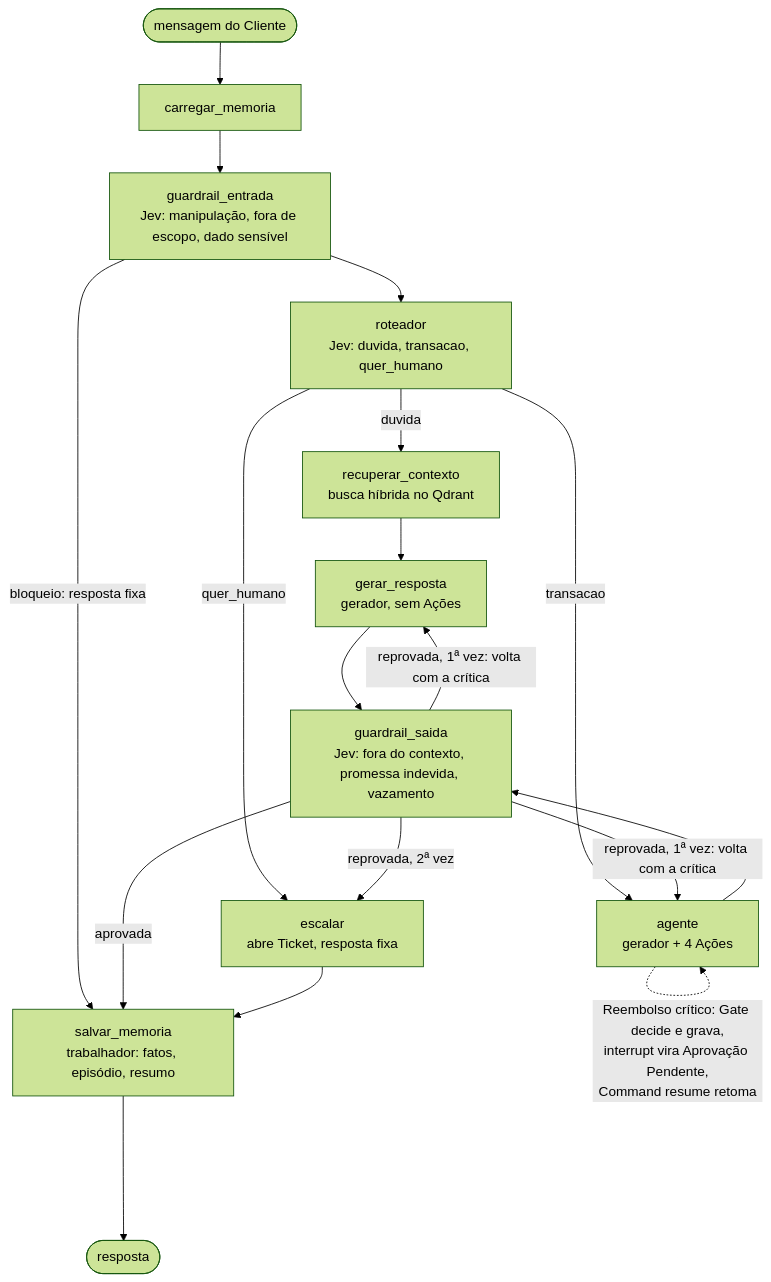
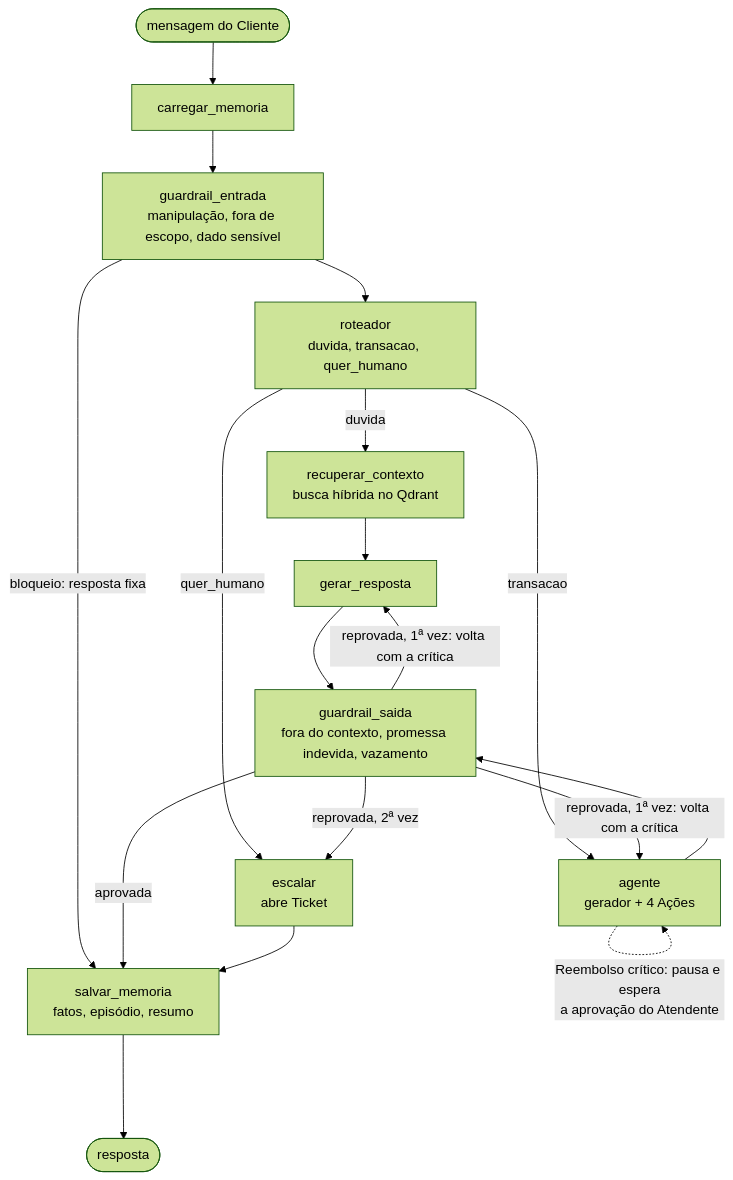
The first of 2 diagrams in README.md (Phb29/faisca-agente-ia), drawn with Mermaid (forest theme) before and after one commit. The commit also changed other lines of this file and 1 other file, not shown here.

````diff
--- a/README.md
+++ b/README.md
@@ -7,21 +37,21 @@
 ```mermaid
 flowchart TD
     START([mensagem do Cliente]) --> CM[carregar_memoria]
-    CM --> GE[guardrail_entrada<br/>Jev: manipulação, fora de escopo, dado sensível]
+    CM --> GE[guardrail_entrada<br/>manipulação, fora de escopo, dado sensível]
     GE -- bloqueio: resposta fixa --> SM
-    GE --> RO[roteador<br/>Jev: duvida, transacao, quer_humano]
+    GE --> RO[roteador<br/>duvida, transacao, quer_humano]
     RO -- duvida --> RC[recuperar_contexto<br/>busca híbrida no Qdrant]
-    RC --> GR[gerar_resposta<br/>gerador, sem Ações]
+    RC --> GR[gerar_resposta]
     RO -- transacao --> AG[agente<br/>gerador + 4 Ações]
-    RO -- quer_humano --> ES[escalar<br/>abre Ticket, resposta fixa]
+    RO -- quer_humano --> ES[escalar<br/>abre Ticket]
     AG -- pede Ações --> AG
-    AG -. Reembolso crítico: Gate decide e grava,<br/>interrupt vira Aprovação Pendente,<br/>Command resume retoma .-> AG
-    GR --> GS[guardrail_saida<br/>Jev: fora do contexto, promessa indevida, vazamento]
+    AG -. Reembolso crítico: pausa e espera<br/>a aprovação do Atendente .-> AG
+    GR --> GS[guardrail_saida<br/>fora do contexto, promessa indevida, vazamento]
     AG --> GS
-    GS -- aprovada --> SM[salvar_memoria<br/>trabalhador: fatos, episódio, resumo]
+    GS -- aprovada --> SM[salvar_memoria<br/>fatos, episódio, resumo]
     GS -- reprovada, 1ª vez: volta com a crítica --> GR
     GS -- reprovada, 1ª vez: volta com a crítica --> AG
     GS -- reprovada, 2ª vez --> ES
     ES --> SM
     SM --> FIM([resposta])
 ```
````
